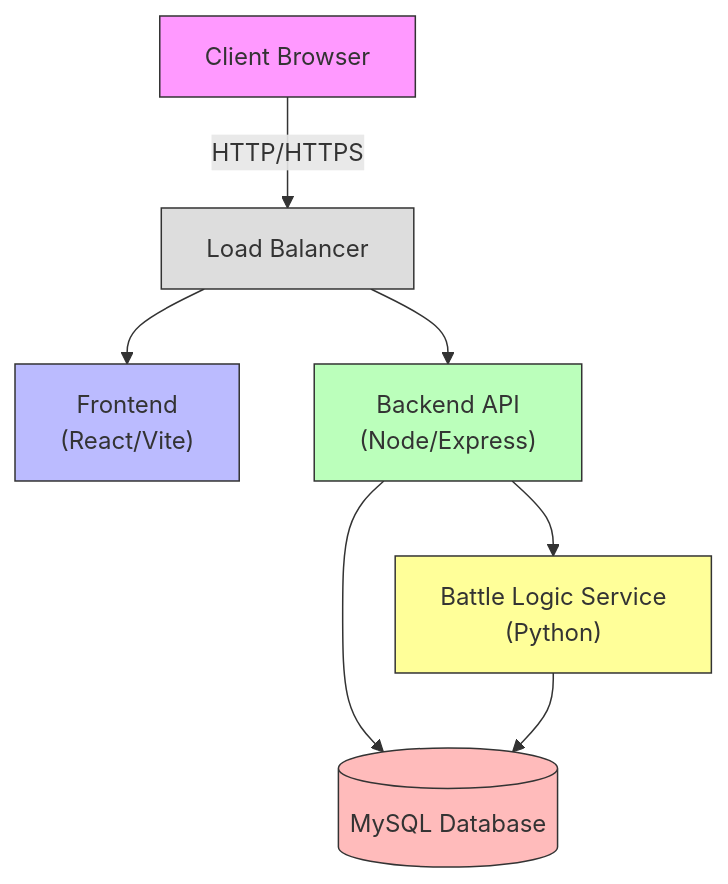
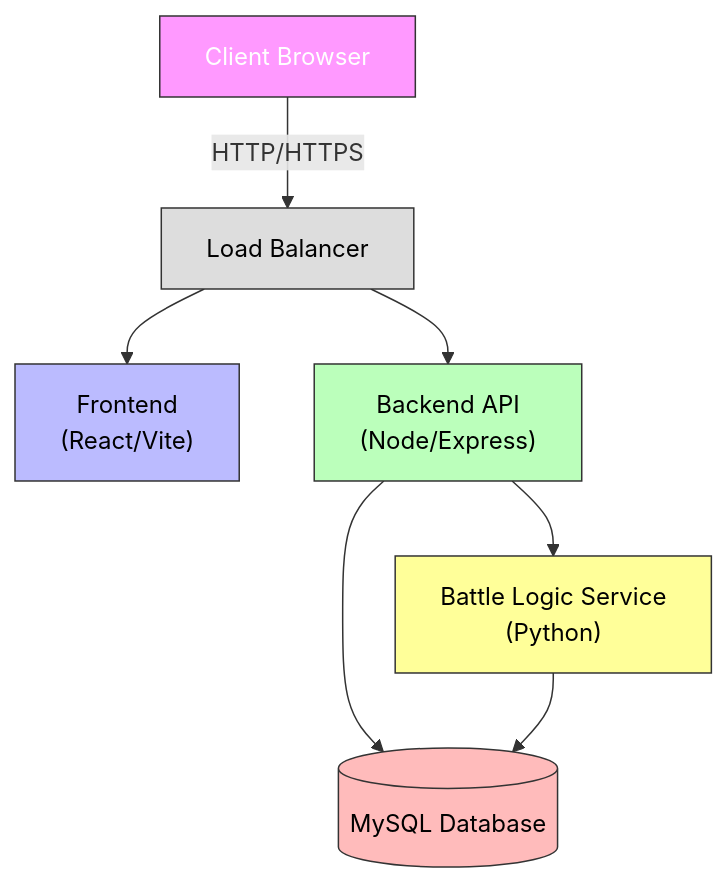
One commit to Aayushman00/Pokemon-Origins changed the diagram in README.md. Above: the diagram before and after it, drawn with Mermaid.

Commit message:
Modify color styles for diagram elements
Updated color styles for diagram elements in README.

````diff
--- a/README.md
+++ b/README.md
@@ -93,16 +93,16 @@
 ```mermaid
 graph TD
     A["Client Browser"] -->|"HTTP/HTTPS"| B["Load Balancer"]
     B --> C["Frontend<br/>(React/Vite)"]
     B --> D["Backend API<br/>(Node/Express)"]
     D --> E[("MySQL Database")]
     D --> F["Battle Logic Service<br/>(Python)"]
     F --> E
 
-    style A fill:#f9f,stroke:#333
-    style B fill:#ddd,stroke:#333
-    style C fill:#bbf,stroke:#333
-    style D fill:#bfb,stroke:#333
-    style E fill:#fbb,stroke:#333
-    style F fill:#ff9,stroke:#333
+    style A fill:#f9f,stroke:#333,color:#fff
+    style B fill:#ddd,stroke:#333,color:#000
+    style C fill:#bbf,stroke:#333,color:#000
+    style D fill:#bfb,stroke:#333,color:#000
+    style E fill:#fbb,stroke:#333,color:#000
+    style F fill:#ff9,stroke:#333,color:#000
 ```
````
